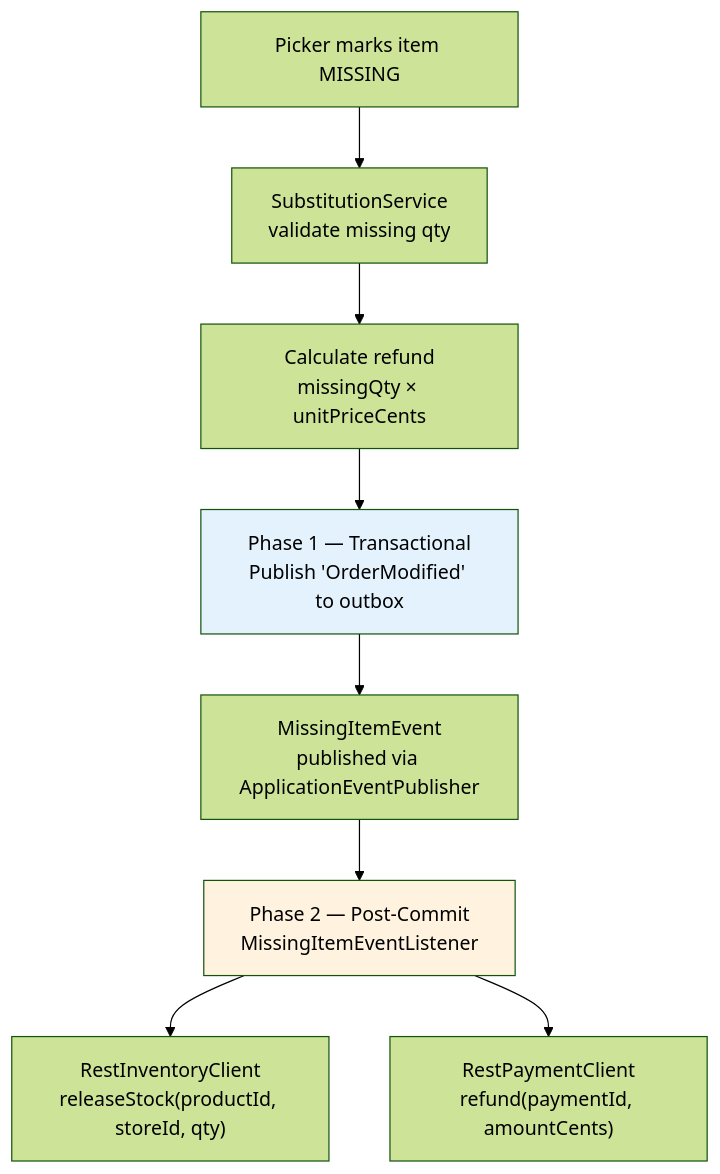
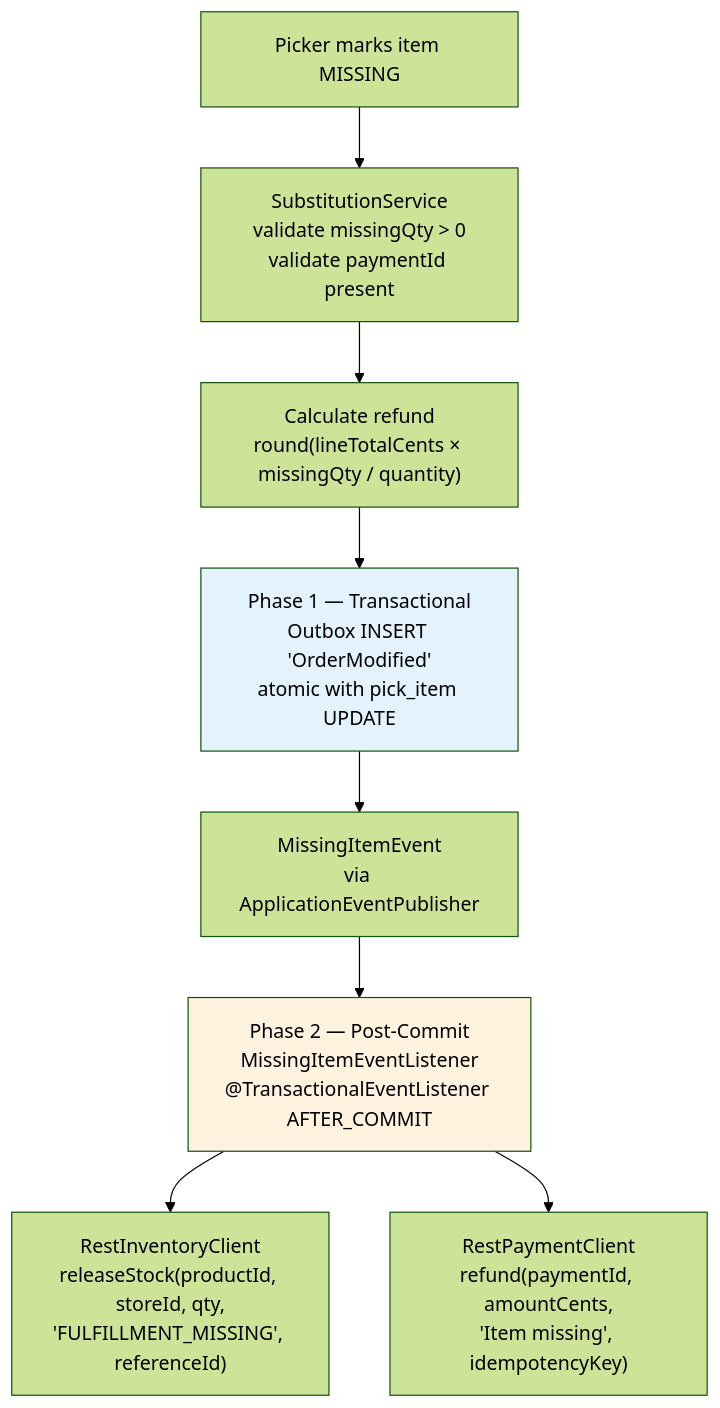
One commit to sunitakeazycommerz-a11y/InstaCommerce changed the sixth of 9 diagrams in services/fulfillment-service/README.md. Above: the diagram before and after it, drawn with Mermaid (forest theme). The commit also changed other lines of this file and 554 other files, not shown here.

````diff
--- a/services/fulfillment-service/README.md
+++ b/services/fulfillment-service/README.md
@@ -104,13 +280,13 @@
 ```mermaid
 flowchart TD
-    PICK[Picker marks item MISSING] --> VALIDATE[SubstitutionService<br/>validate missing qty]
-    VALIDATE --> CALC[Calculate refund<br/>missingQty × unitPriceCents]
-    CALC --> OUTBOX["Phase 1 — Transactional<br/>Publish 'OrderModified' to outbox"]
-    OUTBOX --> EVENT["MissingItemEvent<br/>published via ApplicationEventPublisher"]
-    EVENT --> PHASE2["Phase 2 — Post-Commit<br/>MissingItemEventListener"]
-    PHASE2 --> STOCK["RestInventoryClient<br/>releaseStock(productId, storeId, qty)"]
-    PHASE2 --> REFUND["RestPaymentClient<br/>refund(paymentId, amountCents)"]
+    PICK[Picker marks item MISSING] --> VALIDATE[SubstitutionService<br/>validate missingQty > 0<br/>validate paymentId present]
+    VALIDATE --> CALC["Calculate refund<br/>round(lineTotalCents × missingQty / quantity)"]
+    CALC --> OUTBOX["Phase 1 — Transactional<br/>Outbox INSERT 'OrderModified'<br/>atomic with pick_item UPDATE"]
+    OUTBOX --> EVENT["MissingItemEvent<br/>via ApplicationEventPublisher"]
+    EVENT --> PHASE2["Phase 2 — Post-Commit<br/>MissingItemEventListener<br/>@TransactionalEventListener AFTER_COMMIT"]
+    PHASE2 --> STOCK["RestInventoryClient<br/>releaseStock(productId, storeId, qty,<br/>'FULFILLMENT_MISSING', referenceId)"]
+    PHASE2 --> REFUND["RestPaymentClient<br/>refund(paymentId, amountCents,<br/>'Item missing', idempotencyKey)"]
 
     style OUTBOX fill:#e3f2fd
     style PHASE2 fill:#fff3e0
 ```
````
